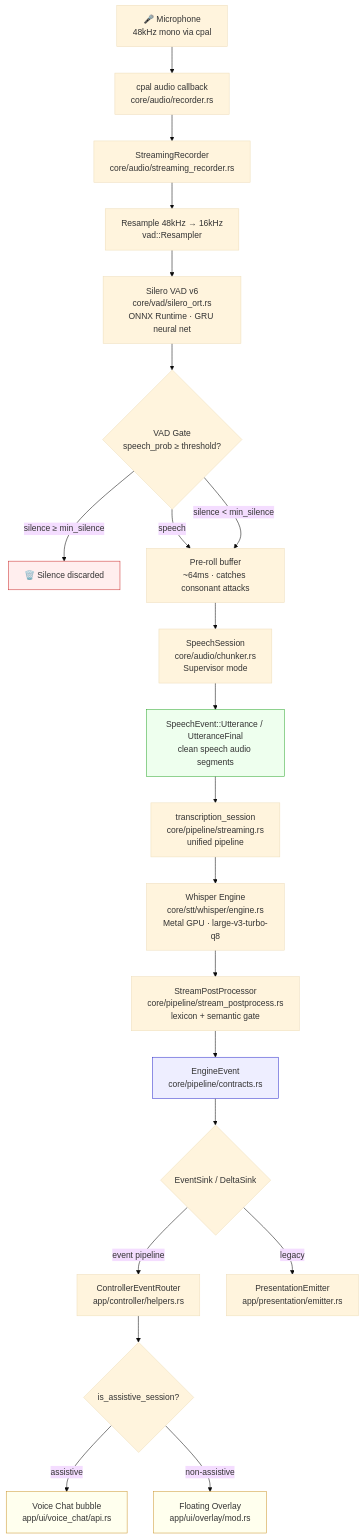
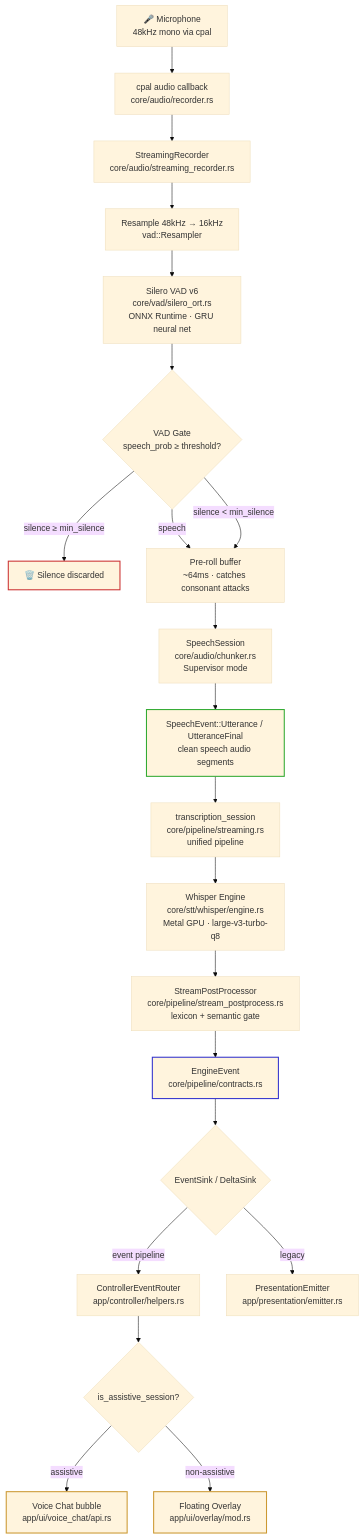
The second of 2 diagrams in docs/OVERLAY_STREAMING.md (vetcoders/codescribe), drawn with Mermaid (base theme) before and after one commit. The commit also changed 4 other files, not shown here.

First line of the commit message:
[claude/interactive] docs(mermaid): fix diagram parsing and theme-hostile styling

````diff
--- a/docs/OVERLAY_STREAMING.md
+++ b/docs/OVERLAY_STREAMING.md
@@ -53,50 +53,50 @@
 ```mermaid
 flowchart TD
     MIC[🎤 Microphone\n48kHz mono via cpal]
     CPAL[cpal audio callback\ncore/audio/recorder.rs]
     SR[StreamingRecorder\ncore/audio/streaming_recorder.rs]
     RESAMPLE[Resample 48kHz → 16kHz\nvad::Resampler]
     VAD[Silero VAD v6\ncore/vad/silero_ort.rs\nONNX Runtime · GRU neural net]
     GATE{VAD Gate\nspeech_prob ≥ threshold?}
     DROP[🗑️ Silence discarded]
     PREROLL[Pre-roll buffer\n~64ms · catches consonant attacks]
     SPEECH[SpeechSession\ncore/audio/chunker.rs\nSupervisor mode]
     CHUNK[SpeechEvent::Utterance / UtteranceFinal\nclean speech audio segments]
     WORKER[transcription_session\ncore/pipeline/streaming.rs\nunified pipeline]
     WHISPER[Whisper Engine\ncore/stt/whisper/engine.rs\nMetal GPU · large-v3-turbo-q8]
     POSTPROC[StreamPostProcessor\ncore/pipeline/stream_postprocess.rs\nlexicon + semantic gate]
     EVENT[EngineEvent\ncore/pipeline/contracts.rs]
     SINK{EventSink / DeltaSink}
     ROUTER[ControllerEventRouter\napp/controller/helpers.rs]
     EMITTER[PresentationEmitter\napp/presentation/emitter.rs]
     CHECK{is_assistive_session?}
     ASSIST[Voice Chat bubble\napp/ui/voice_chat/api.rs]
     OVERLAY[Floating Overlay\napp/ui/overlay/mod.rs]
 
     MIC --> CPAL
     CPAL --> SR
     SR --> RESAMPLE
     RESAMPLE --> VAD
     VAD --> GATE
     GATE -->|speech| PREROLL
     GATE -->|silence < min_silence| PREROLL
     GATE -->|silence ≥ min_silence| DROP
     PREROLL --> SPEECH
     SPEECH --> CHUNK
     CHUNK --> WORKER
     WORKER --> WHISPER
     WHISPER --> POSTPROC
     POSTPROC --> EVENT
     EVENT --> SINK
     SINK -->|event pipeline| ROUTER
     SINK -->|legacy| EMITTER
     ROUTER --> CHECK
     CHECK -->|assistive| ASSIST
     CHECK -->|non-assistive| OVERLAY
 
-    style DROP fill:#fee,stroke:#c33
-    style CHUNK fill:#efe,stroke:#3a3
-    style EVENT fill:#eef,stroke:#33c
-    style OVERLAY fill:#ffe,stroke:#c93
-    style ASSIST fill:#ffe,stroke:#c93
+    style DROP stroke:#c33,stroke-width:2px
+    style CHUNK stroke:#3a3,stroke-width:2px
+    style EVENT stroke:#33c,stroke-width:2px
+    style OVERLAY stroke:#c93,stroke-width:2px
+    style ASSIST stroke:#c93,stroke-width:2px
 ```
````
